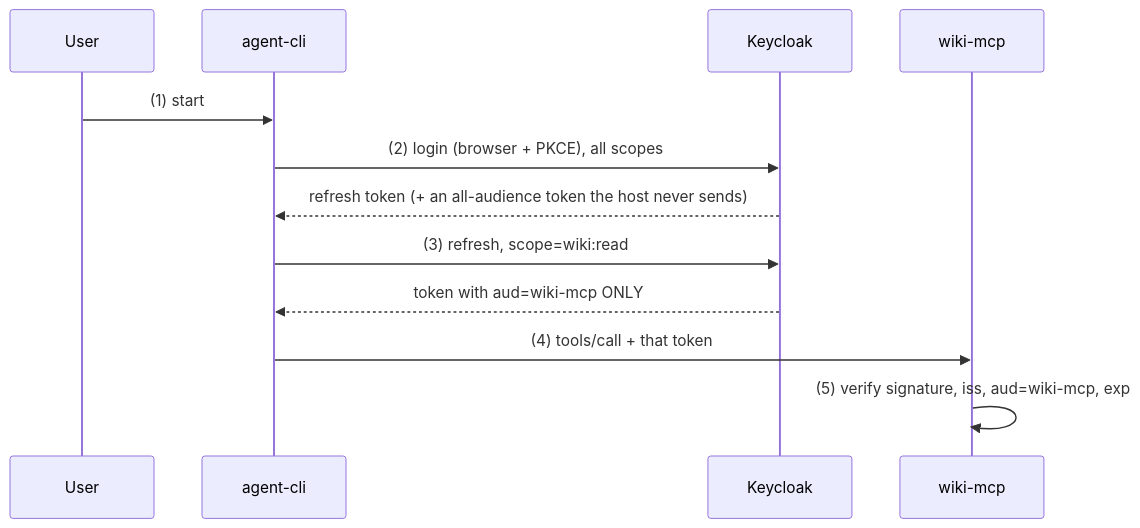
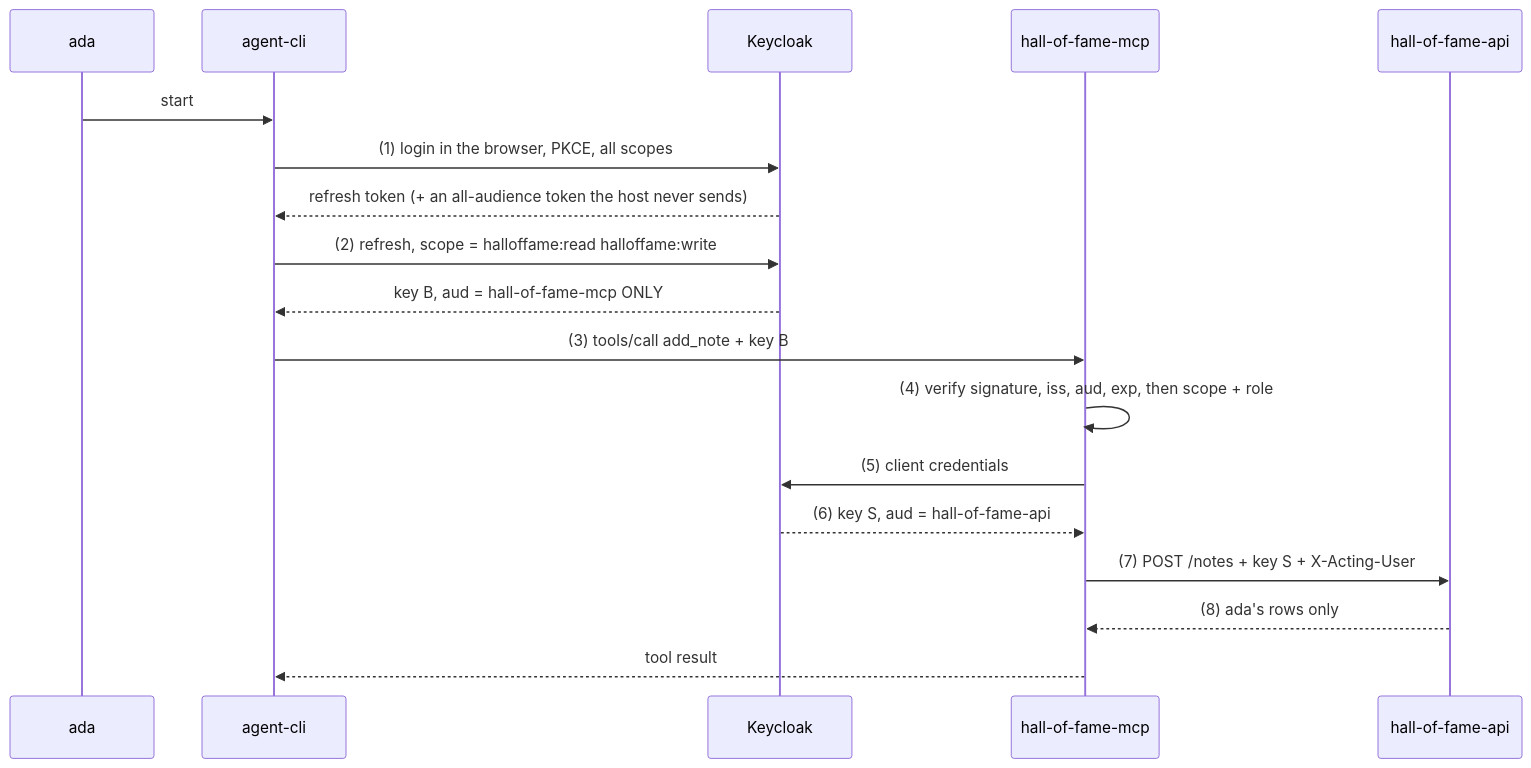
One commit to ChrisLoukas007/mcp-tech-legends changed the diagram in docs/04-security.md. Above: the diagram before and after it, drawn with Mermaid. The commit also changed other lines of this file and 24 other files, not shown here.

````diff
--- a/docs/04-security.md
+++ b/docs/04-security.md
@@ -10,14 +83,20 @@
 ```mermaid
 sequenceDiagram
-    participant U as User
+    participant U as ada
     participant H as agent-cli
     participant K as Keycloak
-    participant W as wiki-mcp
-    U->>H: (1) start
-    H->>K: (2) login (browser + PKCE), all scopes
+    participant M as hall-of-fame-mcp
+    participant A as hall-of-fame-api
+    U->>H: start
+    H->>K: (1) login in the browser, PKCE, all scopes
     K-->>H: refresh token (+ an all-audience token the host never sends)
-    H->>K: (3) refresh, scope=wiki:read
-    K-->>H: token with aud=wiki-mcp ONLY
-    H->>W: (4) tools/call + that token
-    W->>W: (5) verify signature, iss, aud=wiki-mcp, exp
+    H->>K: (2) refresh, scope = halloffame:read halloffame:write
+    K-->>H: key B, aud = hall-of-fame-mcp ONLY
+    H->>M: (3) tools/call add_note + key B
+    M->>M: (4) verify signature, iss, aud, exp, then scope + role
+    M->>K: (5) client credentials
+    K-->>M: (6) key S, aud = hall-of-fame-api
+    M->>A: (7) POST /notes + key S + X-Acting-User
+    A-->>M: (8) ada's rows only
+    M-->>H: tool result
 ```
````
